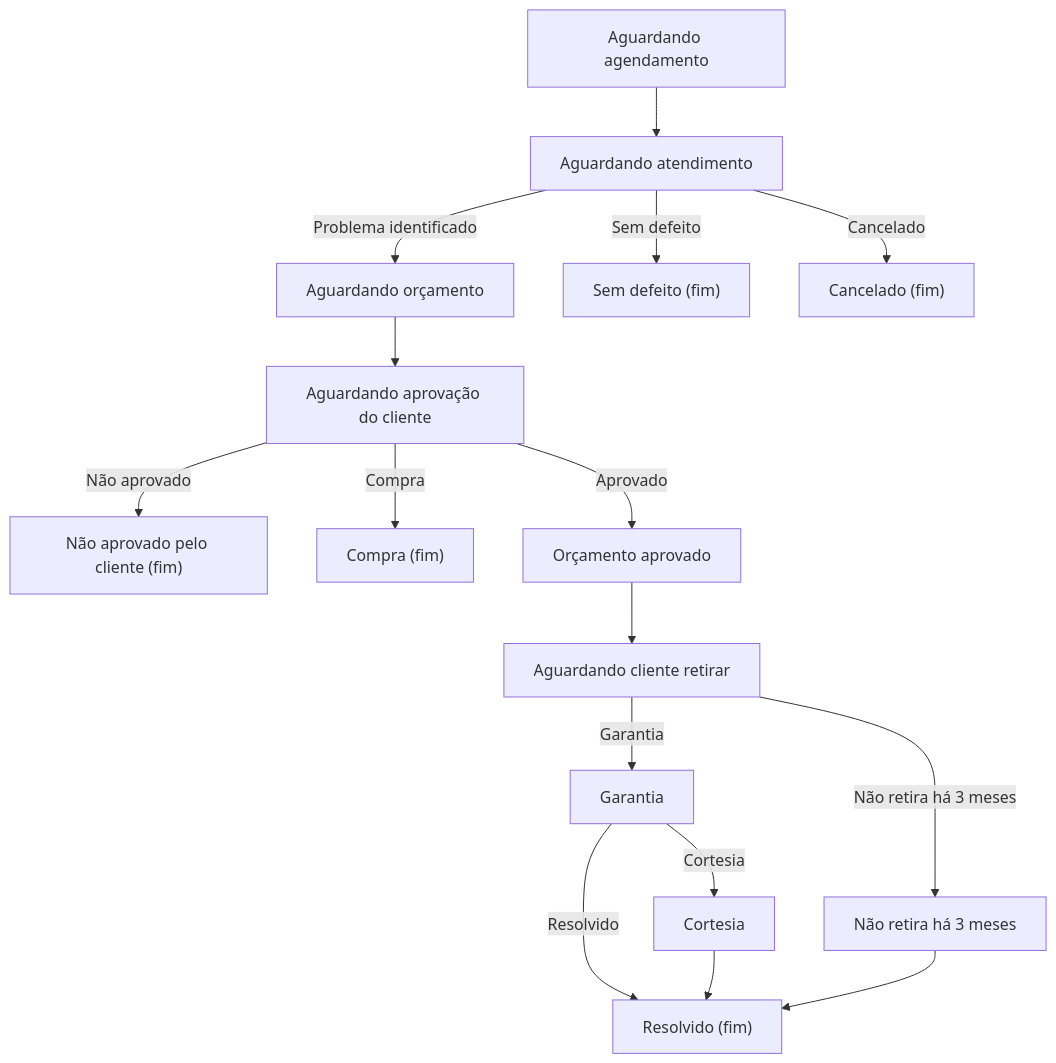
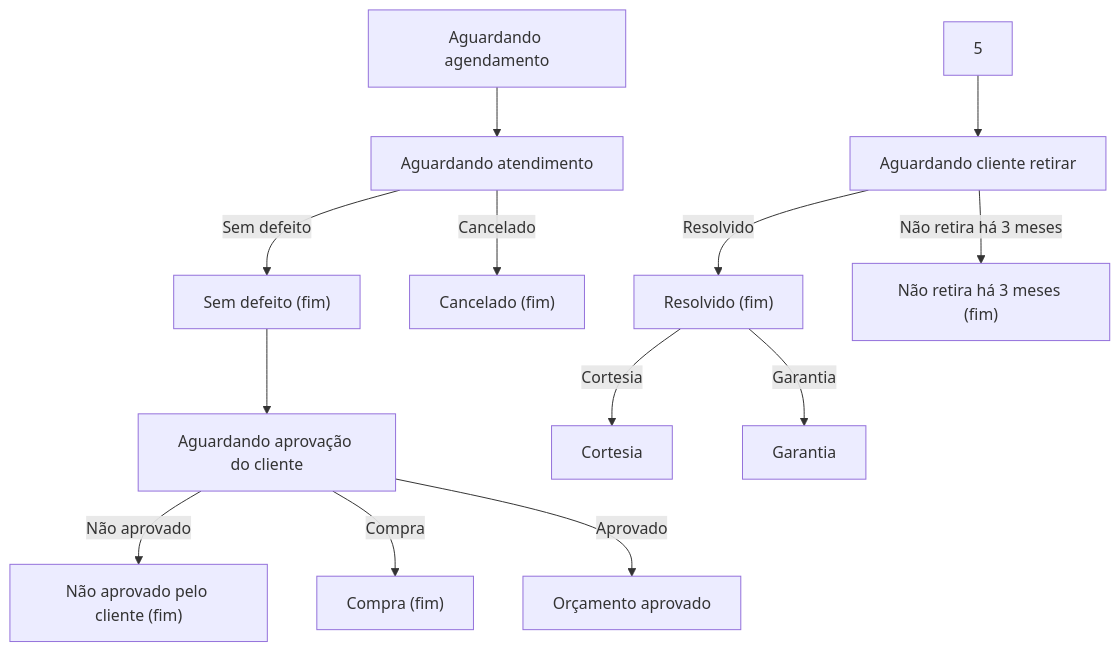
One commit to LucasBonato/ServOeste-Aplicativo changed the first of 5 diagrams in README.md. Above: the diagram before and after it, drawn with Mermaid. The commit also changed other lines of this file and 12 other files, not shown here.

````diff
--- a/README.md
+++ b/README.md
@@ -43,21 +43,20 @@
 ```mermaid
 flowchart TD
     1[Aguardando agendamento] --> 2[Aguardando atendimento]
-    2 -->|Problema identificado| 3[Aguardando orçamento]
-    2 -->|Sem defeito| 3.1["Sem defeito (fim)"]
-    2 -->|Cancelado| 3.2["Cancelado (fim)"]
+    2 -->|Sem defeito| 3["Sem defeito (fim)"]
+    2 -->|Cancelado| 3.1["Cancelado (fim)"]
 
     3 --> 4[Aguardando aprovação do cliente]
+
     4 -->|Não aprovado| 5.1["Não aprovado pelo cliente (fim)"]
     4 -->|Compra| 5.2["Compra (fim)"]
     4 -->|Aprovado| 5.3[Orçamento aprovado]
 
-    5.3 --> 6[Aguardando cliente retirar]
-    6 -->|Não retira há 3 meses| 7.1[Não retira há 3 meses]
-    6 -->|Garantia| 7.2[Garantia]
+    5 --> 6[Aguardando cliente retirar]
 
-    7.2 -->|Cortesia| 8[Cortesia]
-    7.2 -->|Resolvido| 9["Resolvido (fim)"]
-    8 --> 9["Resolvido (fim)"]
-    7.1 --> 9["Resolvido (fim)"]
+    6 -->|Resolvido| 7["Resolvido (fim)"]
+    6 -->|Não retira há 3 meses| 7.1["Não retira há 3 meses (fim)"]
+
+    7 -->|Cortesia| 8.1[Cortesia]
+    7 -->|Garantia| 8.2[Garantia]
 ```
````
